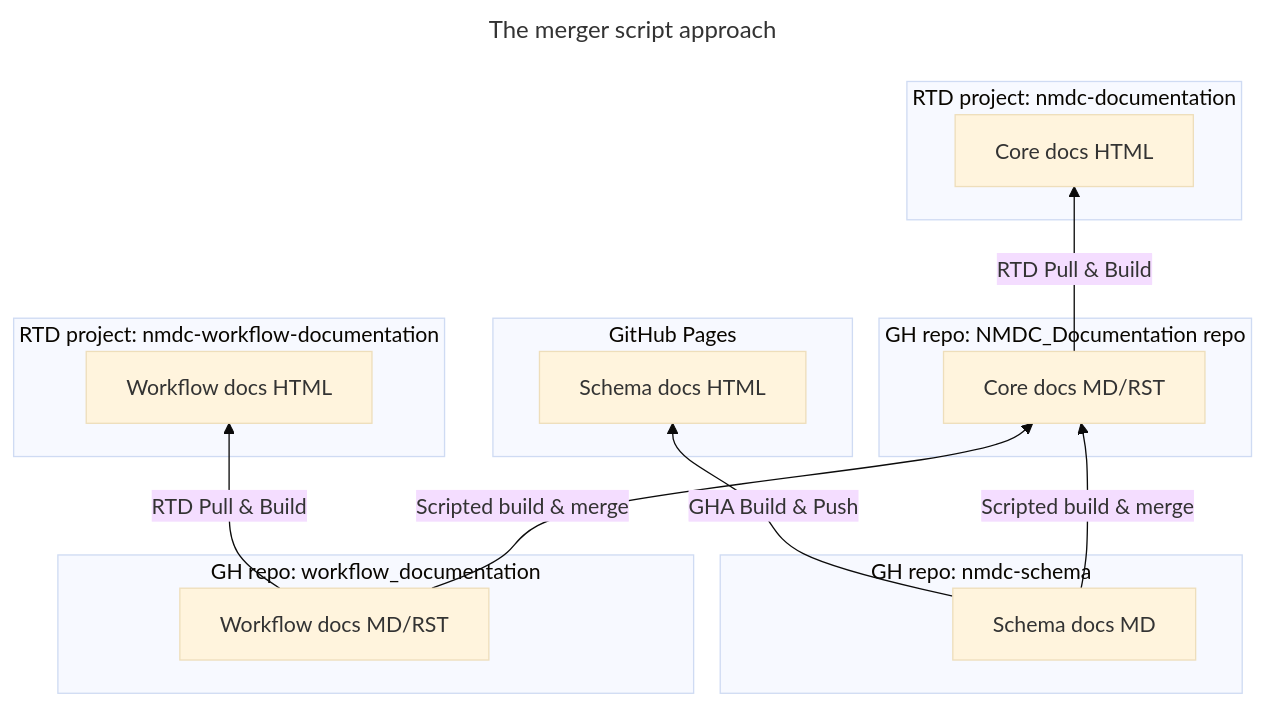
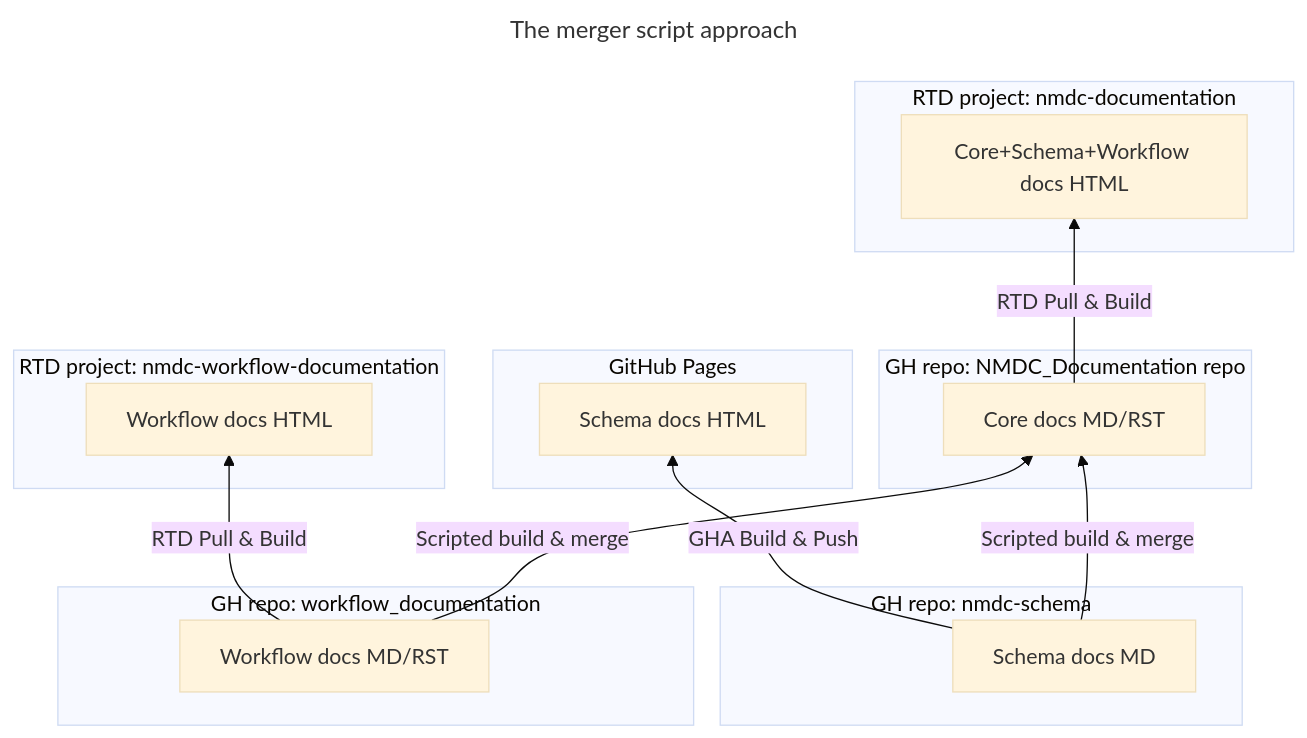
Before and after one commit to microbiomedata/issues: the first of 2 diagrams in decisions/0010-documentation-setup.md, drawn with Mermaid (base theme).

Commit message:
Update label in Mermaid chart to emphasize merging of docs

````diff
--- a/decisions/0010-documentation-setup.md
+++ b/decisions/0010-documentation-setup.md
@@ -23,36 +23,36 @@
 ```mermaid
 ---
 title: The merger script approach
 ---
 graph BT;
     subgraph "GH repo: NMDC_Documentation repo"
         core_doc_src["Core docs MD/RST"]
     end
 
     subgraph "GH repo: nmdc-schema"
         schema_doc_src["Schema docs MD"]
     end
 
     workflow_doc_src --> | RTD Pull & Build | workflow_doc_dist
     schema_doc_src --> | GHA Build & Push | schema_doc_dist
     workflow_doc_src --> | Scripted build & merge | core_doc_src
     schema_doc_src --> | Scripted build & merge | core_doc_src
     
     subgraph "GH repo: workflow_documentation"
         workflow_doc_src["Workflow docs MD/RST"]
     end
 
     subgraph "RTD project: nmdc-workflow-documentation"
         workflow_doc_dist["Workflow docs HTML"]
     end
 
     subgraph "GitHub Pages"
         schema_doc_dist["Schema docs HTML"]
     end
 
     subgraph "RTD project: nmdc-documentation"
-        main_doc_dist["Core docs HTML"]
+        main_doc_dist["Core+Schema+Workflow docs HTML"]
     end
 
     core_doc_src --> | RTD Pull & Build | main_doc_dist
 ```
````
